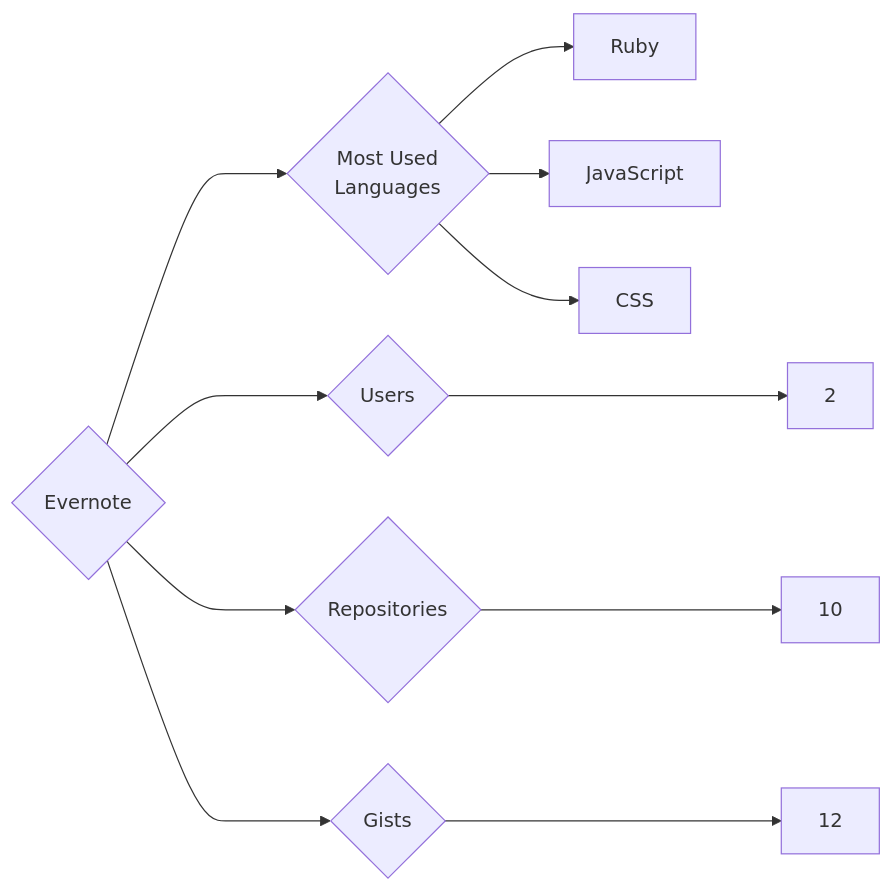
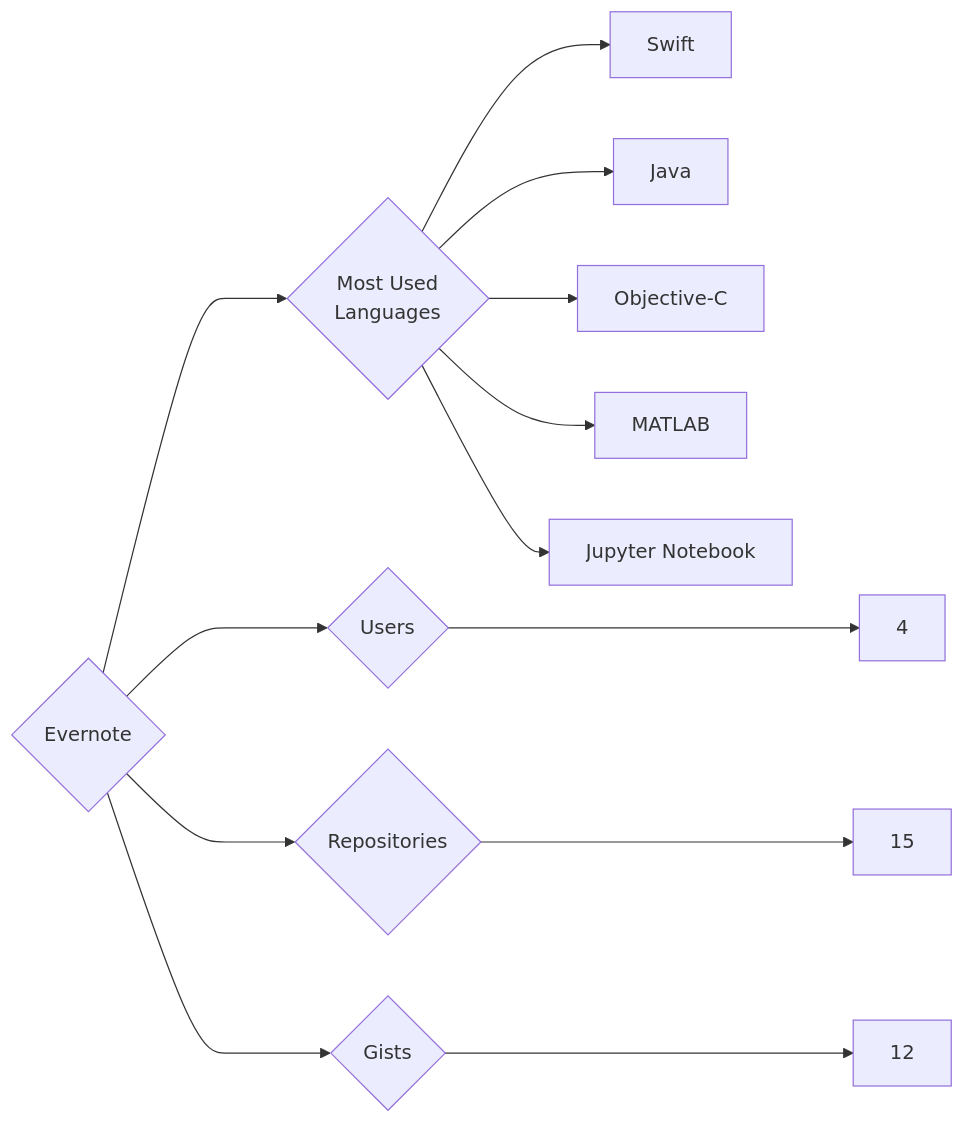
Before and after one commit to trickest/insiders: the diagram in targets/Evernote/README.md, drawn with Mermaid. The commit also changed 1123 other files, not shown here.

````diff
--- a/targets/Evernote/README.md
+++ b/targets/Evernote/README.md
@@ -3,11 +3,13 @@
 ```mermaid
 graph LR
 COMPANY_NAME{Evernote}
-COMPANY_NAME ---> U{Users} ---> UN[2]
-COMPANY_NAME ---> R{Repositories} ---> RN[10]
+COMPANY_NAME ---> U{Users} ---> UN[4]
+COMPANY_NAME ---> R{Repositories} ---> RN[15]
 COMPANY_NAME ---> G{Gists} ---> GN[12]
 COMPANY_NAME ---> ML{Most Used<br>Languages}
-ML --> Ruby[Ruby]
-ML --> JavaScript[JavaScript]
-ML --> CSS[CSS]
+ML --> Swift[Swift]
+ML --> Java[Java]
+ML --> Objective-C[Objective-C]
+ML --> MATLAB[MATLAB]
+ML --> Jupyter_Notebook[Jupyter Notebook]
 ```
````
